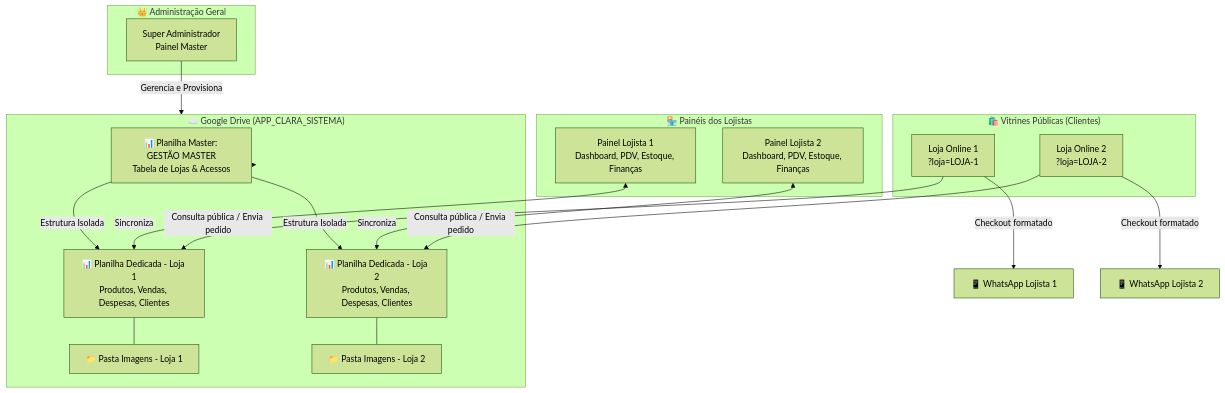
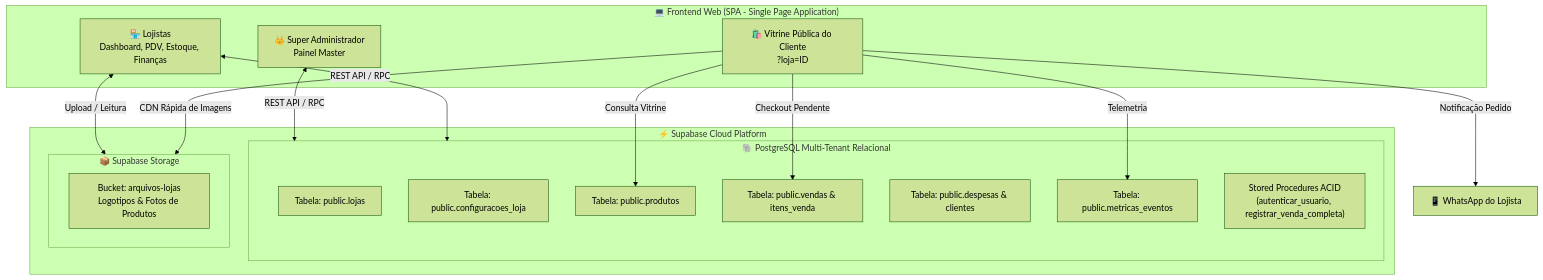
The diagram in README.md (MoouraVictor/App-Gestao-Supabase), drawn with Mermaid (forest theme) before and after one commit. The commit also changed other lines of this file and 5 other files, not shown here.

Commit message:
Descontinuação do Google Drive, Migração Total de Mídias para Supabase Storage e Blindagem de Segurança para Código Aberto

````diff
--- a/README.md
+++ b/README.md
@@ -67,37 +66,33 @@
 ```mermaid
 flowchart TD
-    subgraph Master ["👑 Administração Geral"]
-        M[Super Administrador<br>Painel Master]
+    subgraph Frontend ["💻 Frontend Web (SPA - Single Page Application)"]
+        M[👑 Super Administrador<br>Painel Master]
+        L[🏪 Lojistas<br>Dashboard, PDV, Estoque, Finanças]
+        V[🛍️ Vitrine Pública do Cliente<br>?loja=ID]
     end
 
-    subgraph Cloud ["☁️ Google Drive (APP_CLARA_SISTEMA)"]
-        PM[📊 Planilha Master: GESTÃO MASTER<br>Tabela de Lojas & Acessos]
-        P1[📊 Planilha Dedicada - Loja 1<br>Produtos, Vendas, Despesas, Clientes]
-        P2[📊 Planilha Dedicada - Loja 2<br>Produtos, Vendas, Despesas, Clientes]
-        F1[📁 Pasta Imagens - Loja 1]
-        F2[📁 Pasta Imagens - Loja 2]
+    subgraph Backend ["⚡ Supabase Cloud Platform"]
+        subgraph Postgres ["🐘 PostgreSQL Multi-Tenant Relacional"]
+            TL[Tabela: public.lojas]
+            TC[Tabela: public.configuracoes_loja]
+            TP[Tabela: public.produtos]
+            TV[Tabela: public.vendas & itens_venda]
+            TD[Tabela: public.despesas & clientes]
+            TM[Tabela: public.metricas_eventos]
+            RPC["Stored Procedures ACID<br>(autenticar_usuario, registrar_venda_completa)"]
+        end
+
+        subgraph Storage ["📦 Supabase Storage"]
+            B[Bucket: arquivos-lojas<br>Logotipos & Fotos de Produtos]
+        end
     end
 
-    subgraph Lojistas ["🏪 Painéis dos Lojistas"]
-        L1[Painel Lojista 1<br>Dashboard, PDV, Estoque, Finanças]
-        L2[Painel Lojista 2<br>Dashboard, PDV, Estoque, Finanças]
-    end
-
-    subgraph Vitrines ["🛍️ Vitrines Públicas (Clientes)"]
-        V1[Loja Online 1<br>?loja=LOJA-1]
-        V2[Loja Online 2<br>?loja=LOJA-2]
-    end
-
-    M -->|"Gerencia e Provisiona"| Cloud
-    Cloud --> PM
-    PM -->|"Estrutura Isolada"| P1
-    PM -->|"Estrutura Isolada"| P2
-    P1 --- F1
-    P2 --- F2
-    L1 <-->|"Sincroniza"| P1
-    L2 <-->|"Sincroniza"| P2
-    V1 -->|"Consulta pública / Envia pedido"| P1
-    V2 -->|"Consulta pública / Envia pedido"| P2
-    V1 -->|"Checkout formatado"| WPP1[📱 WhatsApp Lojista 1]
-    V2 -->|"Checkout formatado"| WPP2[📱 WhatsApp Lojista 2]
+    M <-->|"REST API / RPC"| Postgres
+    L <-->|"REST API / RPC"| Postgres
+    V -->|"Consulta Vitrine"| TP
+    V -->|"Checkout Pendente"| TV
+    V -->|"Telemetria"| TM
+    L <-->|"Upload / Leitura"| Storage
+    V -->|"CDN Rápida de Imagens"| Storage
+    V -->|"Notificação Pedido"| WPP[📱 WhatsApp do Lojista]
 ```
````
